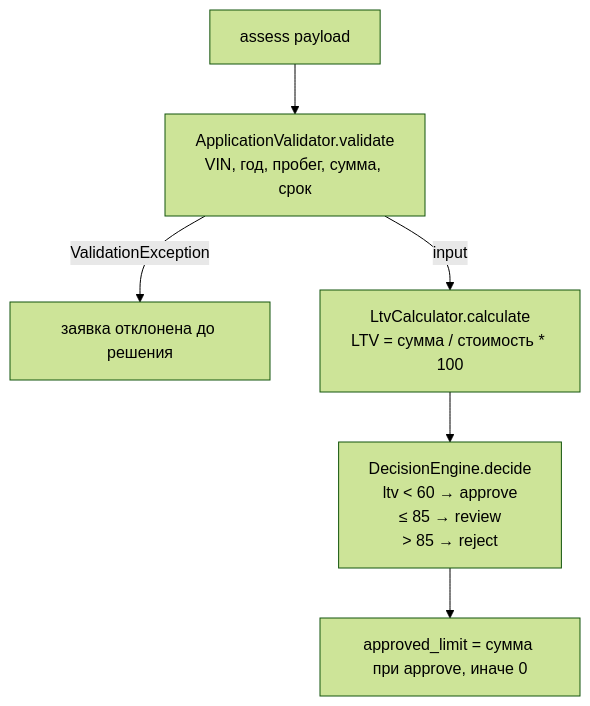
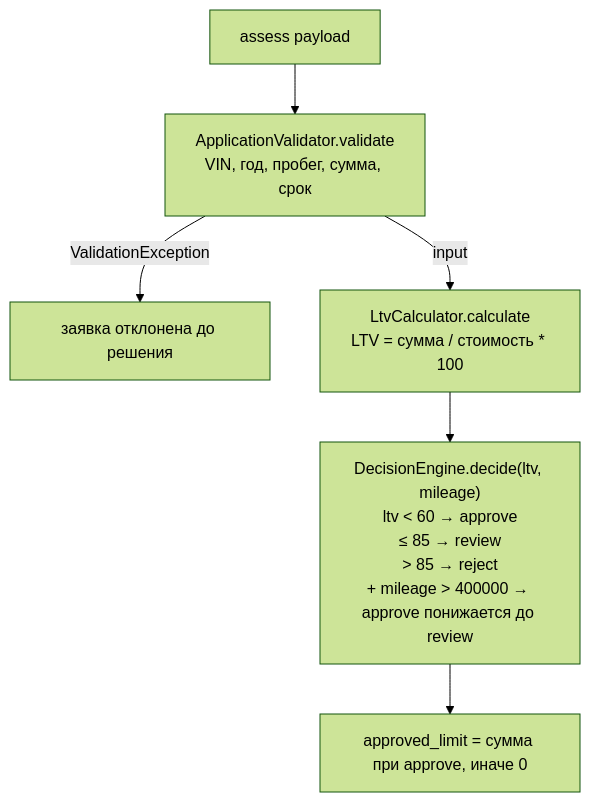
Before and after one commit to sporohov/carmoney-lab-sporohov: the diagram in docs/setup/code_map.md, drawn with Mermaid (forest theme). The commit also changed other lines of this file and 4 other files, not shown here.

Commit message:
MILEAGE: реализация правила пробега в DecisionEngine и обновление code_map

````diff
--- a/docs/setup/code_map.md
+++ b/docs/setup/code_map.md
@@ -49,8 +49,8 @@
 ```mermaid
 flowchart TD
     A[assess payload] --> B["ApplicationValidator.validate<br/>VIN, год, пробег, сумма, срок"]
     B -->|ValidationException| X[заявка отклонена до решения]
     B -->|input| C["LtvCalculator.calculate<br/>LTV = сумма / стоимость * 100"]
-    C --> D["DecisionEngine.decide<br/>ltv &lt; 60 → approve<br/>≤ 85 → review<br/>&gt; 85 → reject"]
+    C --> D["DecisionEngine.decide(ltv, mileage)<br/>ltv < 60 → approve<br/>≤ 85 → review<br/>> 85 → reject<br/>+ mileage > 400000 → approve понижается до review"]
     D --> E["approved_limit = сумма при approve, иначе 0"]
 ```
````
